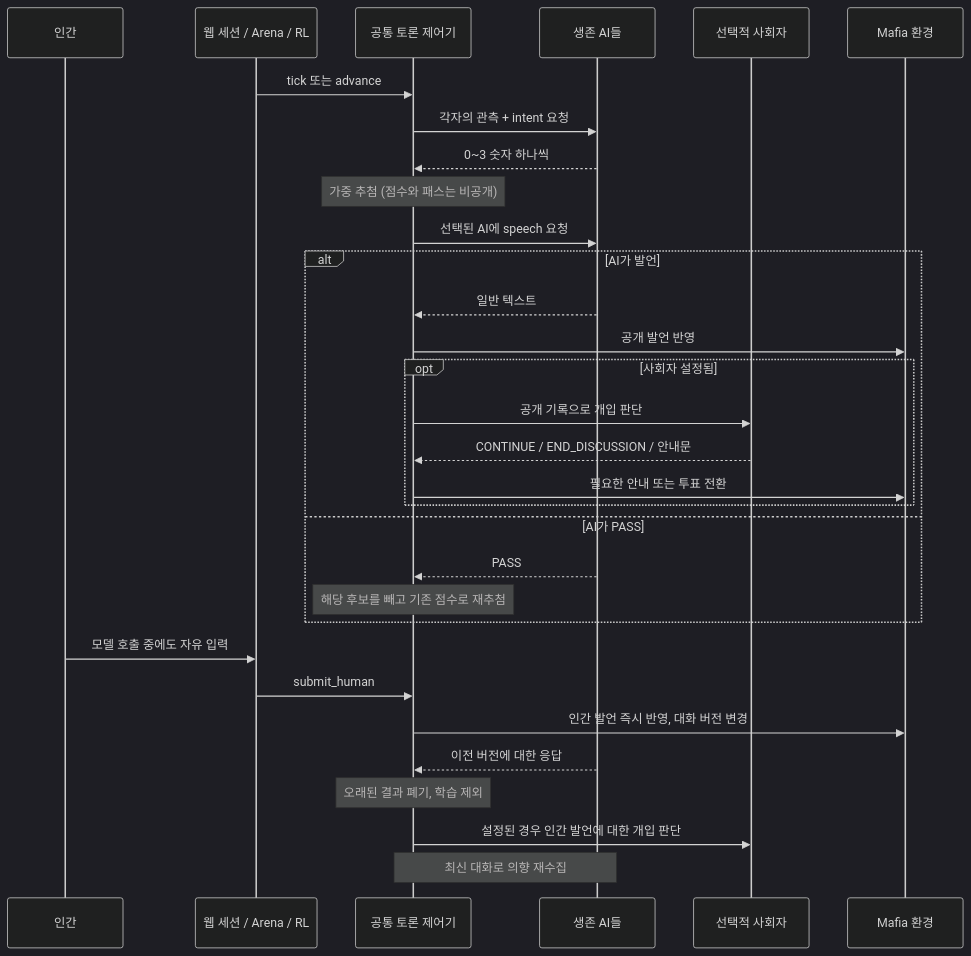
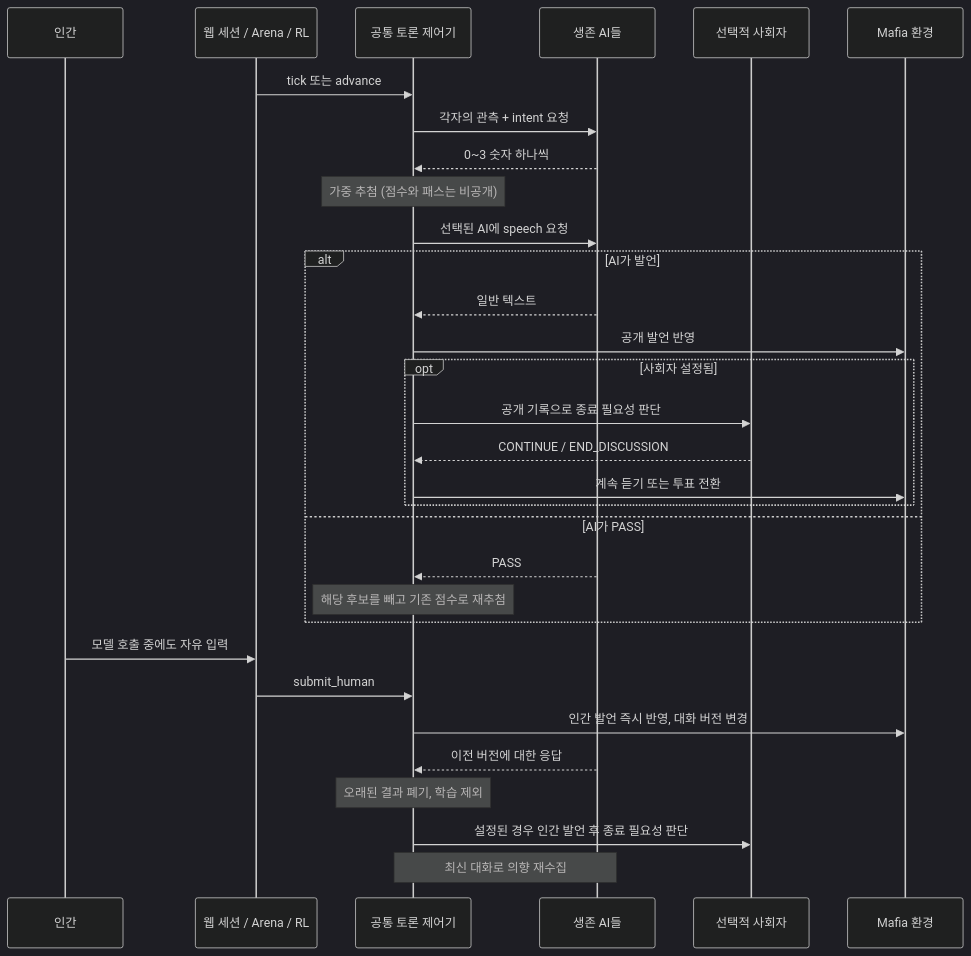
One commit to rhdn520/ChatArena changed the diagram in docs/devdoc/mafia_discussion_pipeline.md. Above: the diagram before and after it, drawn with Mermaid (dark theme). The commit also changed other lines of this file and 9 other files, not shown here.

````diff
--- a/docs/devdoc/mafia_discussion_pipeline.md
+++ b/docs/devdoc/mafia_discussion_pipeline.md
@@ -7,33 +21,33 @@
 ```mermaid
 sequenceDiagram
     participant H as 인간
     participant W as 웹 세션 / Arena / RL
     participant C as 공통 토론 제어기
     participant P as 생존 AI들
     participant M as 선택적 사회자
     participant E as Mafia 환경
     W->>C: tick 또는 advance
     C->>P: 각자의 관측 + intent 요청
     P-->>C: 0~3 숫자 하나씩
     Note over C: 가중 추첨 (점수와 패스는 비공개)
     C->>P: 선택된 AI에 speech 요청
     alt AI가 발언
         P-->>C: 일반 텍스트
         C->>E: 공개 발언 반영
         opt 사회자 설정됨
-            C->>M: 공개 기록으로 개입 판단
-            M-->>C: CONTINUE / END_DISCUSSION / 안내문
-            C->>E: 필요한 안내 또는 투표 전환
+            C->>M: 공개 기록으로 종료 필요성 판단
+            M-->>C: CONTINUE / END_DISCUSSION
+            C->>E: 계속 듣기 또는 투표 전환
         end
     else AI가 PASS
         P-->>C: PASS
         Note over C: 해당 후보를 빼고 기존 점수로 재추첨
     end
     H->>W: 모델 호출 중에도 자유 입력
     W->>C: submit_human
     C->>E: 인간 발언 즉시 반영, 대화 버전 변경
     P-->>C: 이전 버전에 대한 응답
     Note over C: 오래된 결과 폐기, 학습 제외
-    C->>M: 설정된 경우 인간 발언에 대한 개입 판단
+    C->>M: 설정된 경우 인간 발언 후 종료 필요성 판단
     Note over C,P: 최신 대화로 의향 재수집
 ```
````
